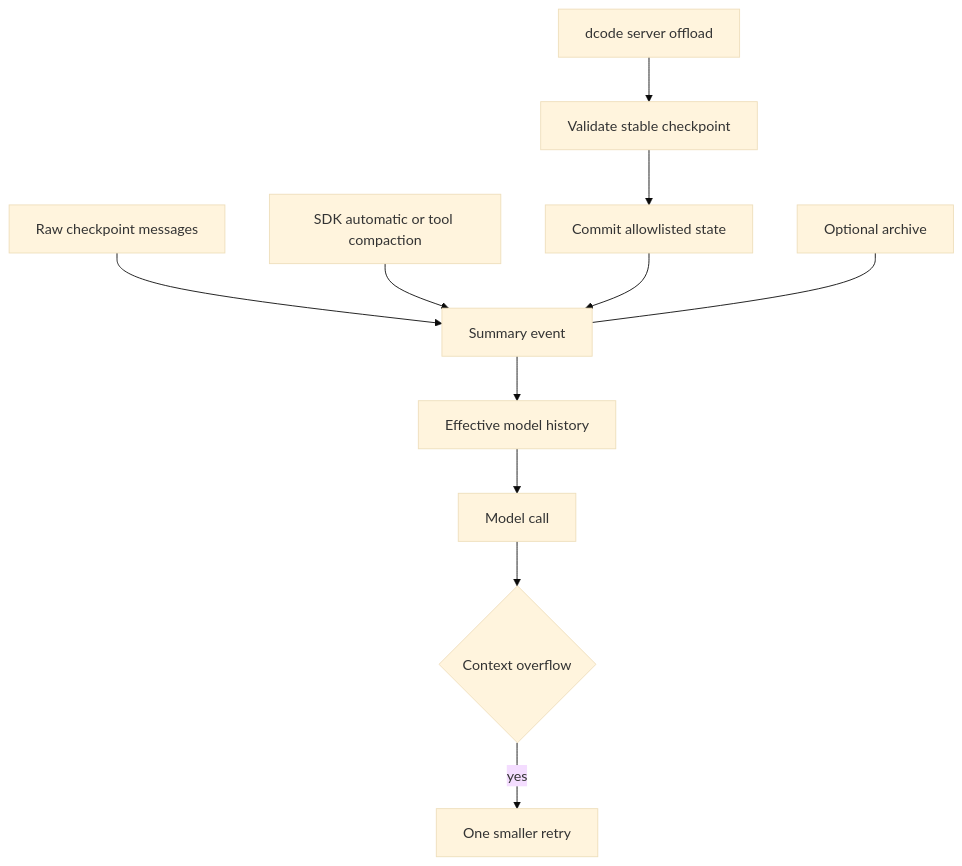
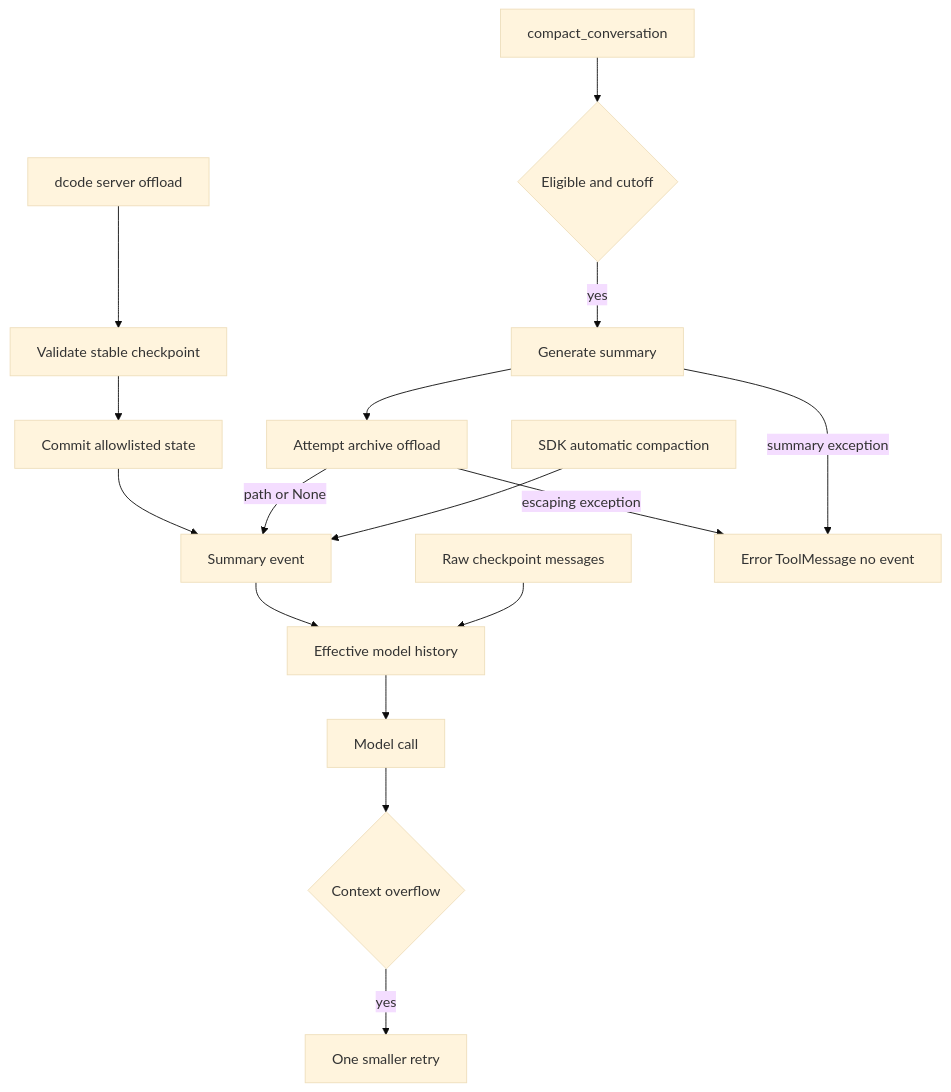
The first of 2 diagrams in openwiki/concepts/context-management.md (langchain-ai/deepagents), drawn with Mermaid (base theme) before and after one commit. The commit also changed other lines of this file and 26 other files, not shown here.

````diff
--- a/openwiki/concepts/context-management.md
+++ b/openwiki/concepts/context-management.md
@@ -46,13 +50,18 @@
 ```mermaid
 flowchart TD
-    Raw["Raw checkpoint messages"] --> Event["Summary event"]
-    Event --> Effective["Effective model history"]
+    Raw["Raw checkpoint messages"] --> Effective["Effective model history"]
+    Event["Summary event"] --> Effective
     Effective --> Model["Model call"]
     Model --> Overflow{"Context overflow"}
     Overflow -->|"yes"| Retry["One smaller retry"]
-    SDK["SDK automatic or tool compaction"] --> Event
+    Auto["SDK automatic compaction"] --> Event
+    Manual["compact_conversation"] --> Eligible{"Eligible and cutoff"}
+    Eligible -->|"yes"| Summary["Generate summary"]
+    Summary --> Archive["Attempt archive offload"]
+    Archive -->|"path or None"| Event
+    Summary -->|"summary exception"| Failure["Error ToolMessage no event"]
+    Archive -->|"escaping exception"| Failure
     Server["dcode server offload"] --> Validate["Validate stable checkpoint"]
     Validate --> Commit["Commit allowlisted state"]
     Commit --> Event
-    Archive["Optional archive"] --- Event
 ```
````
